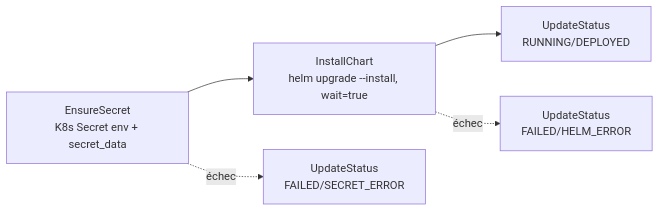
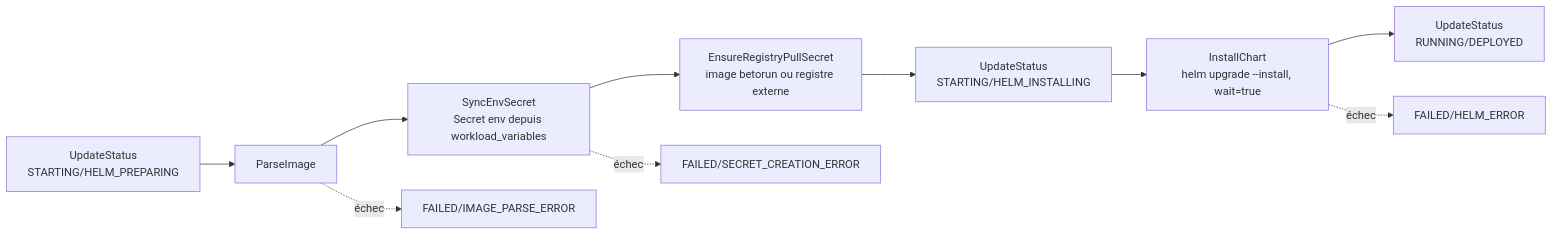
One commit to betorun/betomanager changed the first of 2 diagrams in docs/modules/workloads.md. Above: the diagram before and after it, drawn with Mermaid. The commit also changed other lines of this file and 24 other files, not shown here.

````diff
--- a/docs/modules/workloads.md
+++ b/docs/modules/workloads.md
@@ -102,7 +132,12 @@
 ```mermaid
 graph LR
-    A[EnsureSecret<br/>K8s Secret env + secret_data] --> B[InstallChart<br/>helm upgrade --install, wait=true]
+    S[UpdateStatus<br/>STARTING/HELM_PREPARING] --> P[ParseImage]
+    P --> A[SyncEnvSecret<br/>Secret env depuis workload_variables]
+    A --> R[EnsureRegistryPullSecret<br/>image betorun ou registre externe]
+    R --> I[UpdateStatus<br/>STARTING/HELM_INSTALLING]
+    I --> B[InstallChart<br/>helm upgrade --install, wait=true]
     B --> C[UpdateStatus<br/>RUNNING/DEPLOYED]
-    A -.échec.-> E1[UpdateStatus<br/>FAILED/SECRET_ERROR]
-    B -.échec.-> E2[UpdateStatus<br/>FAILED/HELM_ERROR]
+    P -.échec.-> E0[FAILED/IMAGE_PARSE_ERROR]
+    A -.échec.-> E1[FAILED/SECRET_CREATION_ERROR]
+    B -.échec.-> E2[FAILED/HELM_ERROR]
 ```
````
